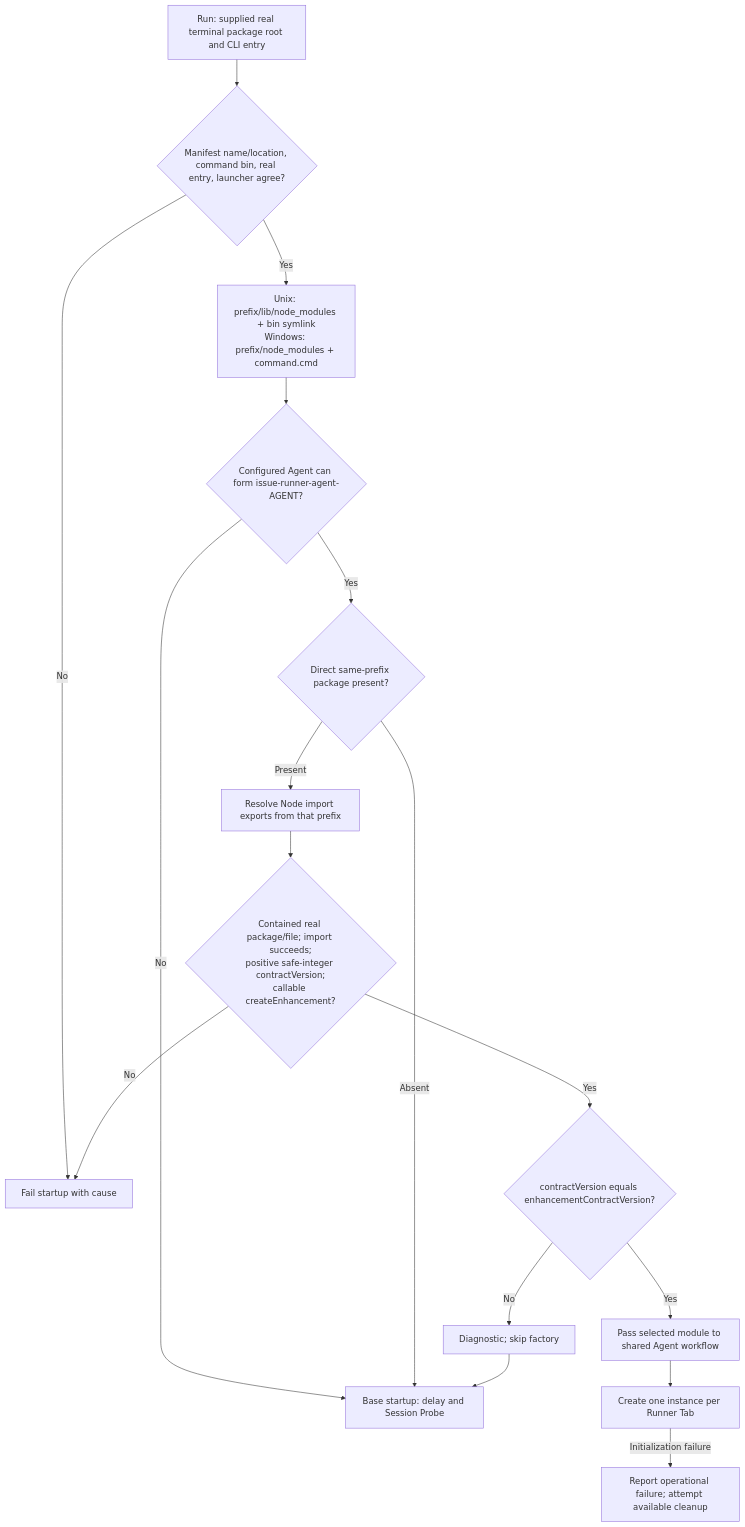
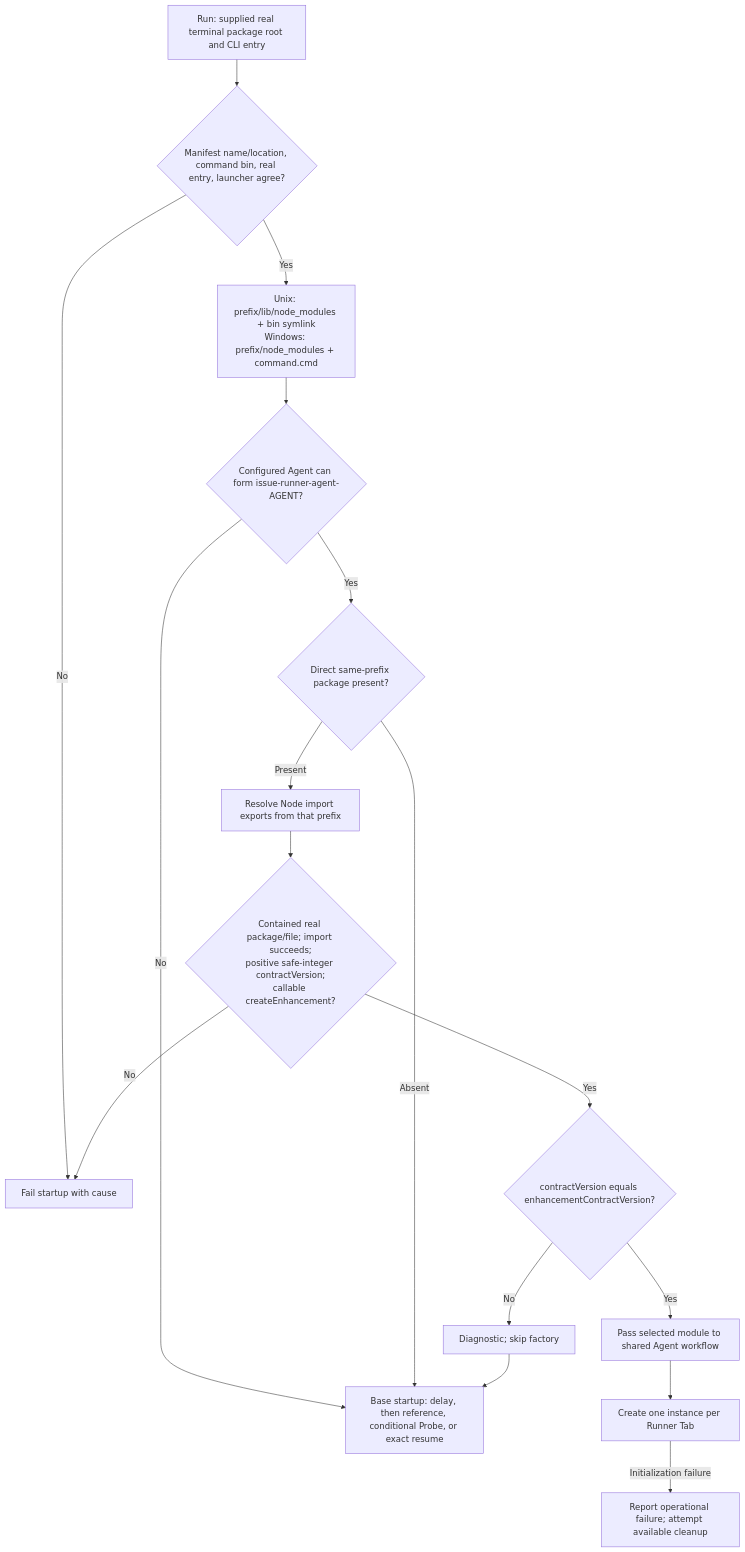
Before and after one commit to BuddyLabsCo/issue-runner-core: the first of 6 diagrams in docs/terminal-contract.md, drawn with Mermaid. The commit also changed other lines of this file and 10 other files, not shown here.

First line of the commit message:
feat: [issue-437] use terminal startup session references (#449)

````diff
--- a/docs/terminal-contract.md
+++ b/docs/terminal-contract.md
@@ -114,19 +115,19 @@
 ```mermaid
 flowchart TD
     Run["Run: supplied real terminal package root and CLI entry"] --> Verify
     Verify{"Manifest name/location, command bin, real entry, launcher agree?"}
     Verify -- No --> Error["Fail startup with cause"]
     Verify -- Yes --> Layout["Unix: prefix/lib/node_modules + bin symlink<br/>Windows: prefix/node_modules + command.cmd"]
     Layout --> Agent{"Configured Agent can form issue-runner-agent-AGENT?"}
-    Agent -- No --> Base["Base startup: delay and Session Probe"]
+    Agent -- No --> Base["Base startup: delay, then reference, conditional Probe, or exact resume"]
     Agent -- Yes --> Package{"Direct same-prefix package present?"}
     Package -- Absent --> Base
     Package -- Present --> Entry["Resolve Node import exports from that prefix"]
     Entry --> Valid{"Contained real package/file; import succeeds;<br/>positive safe-integer contractVersion;<br/>callable createEnhancement?"}
     Valid -- No --> Error
     Valid -- Yes --> Match{"contractVersion equals enhancementContractVersion?"}
     Match -- No --> Skip["Diagnostic; skip factory"] --> Base
     Match -- Yes --> Module["Pass selected module to shared Agent workflow"]
     Module --> Instance["Create one instance per Runner Tab"]
     Instance -- "Initialization failure" --> Cleanup["Report operational failure; attempt available cleanup"]
 ```
````
